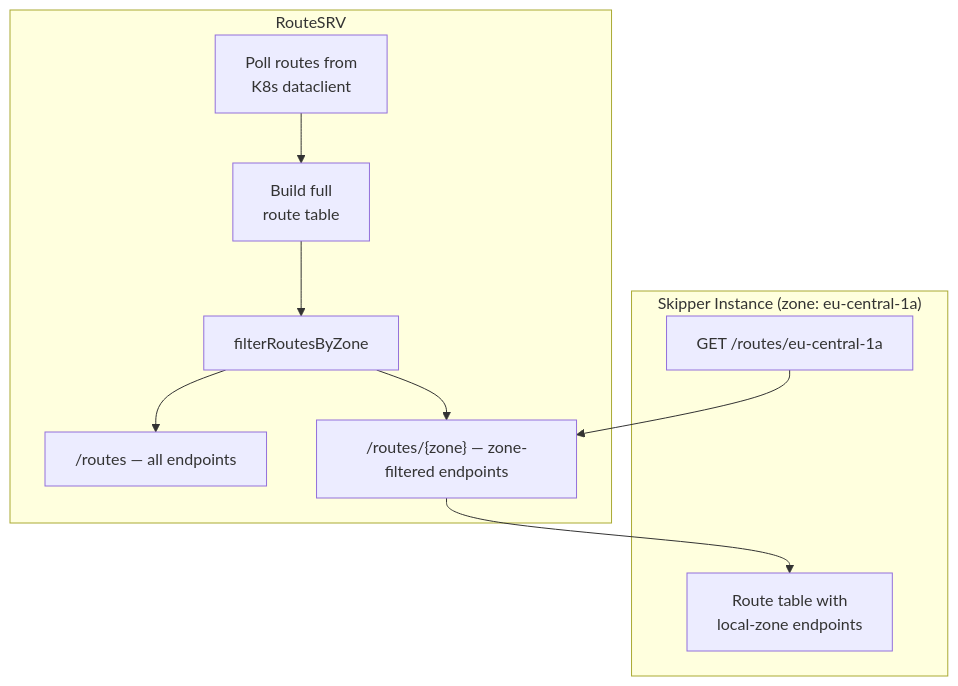
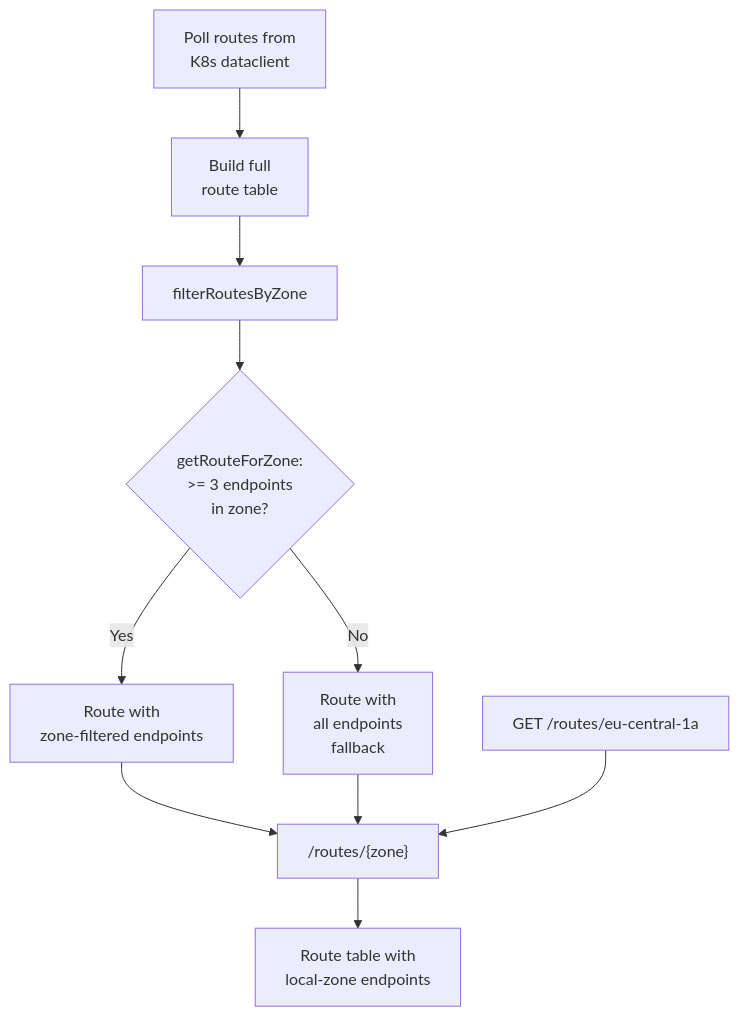
The second of 2 diagrams in docs/kubernetes/zone-aware-routing.md (zalando/skipper), drawn with Mermaid before and after one commit. The commit also changed other lines of this file, not shown here.

Commit message:
Corrections: Zone aware routing docs (#4084)
- fix the mermaid diagram for RouteSRV flow
- add note for RouteSRV mode

---------

````diff
--- a/docs/kubernetes/zone-aware-routing.md
+++ b/docs/kubernetes/zone-aware-routing.md
@@ -127,14 +133,12 @@
 ```mermaid
 flowchart TB
-    subgraph routesrv ["RouteSRV"]
-        A[Poll routes from<br/>K8s dataclient] --> B[Build full<br/>route table]
-        B --> C[filterRoutesByZone]
-        C --> D["/routes — all endpoints"]
-        C --> E["/routes/{zone} — zone-filtered endpoints"]
-    end
-
-    subgraph skipper ["Skipper Instance (zone: eu-central-1a)"]
-        F["GET /routes/eu-central-1a"] --> E
-        E --> G[Route table with<br/>local-zone endpoints]
-    end
+    A[Poll routes from<br/>K8s dataclient] --> B[Build full<br/>route table]
+    B --> C[filterRoutesByZone]
+    C --> D{getRouteForZone:<br/>>= 3 endpoints<br/>in zone?}
+    D -->|Yes| E[Route with<br/>zone-filtered endpoints]
+    D -->|No| F[Route with<br/>all endpoints<br/>fallback]
+    E --> G["/routes/{zone}"]
+    F --> G
+    H["GET /routes/eu-central-1a"] --> G
+    G --> I[Route table with<br/>local-zone endpoints]
 ```
````
